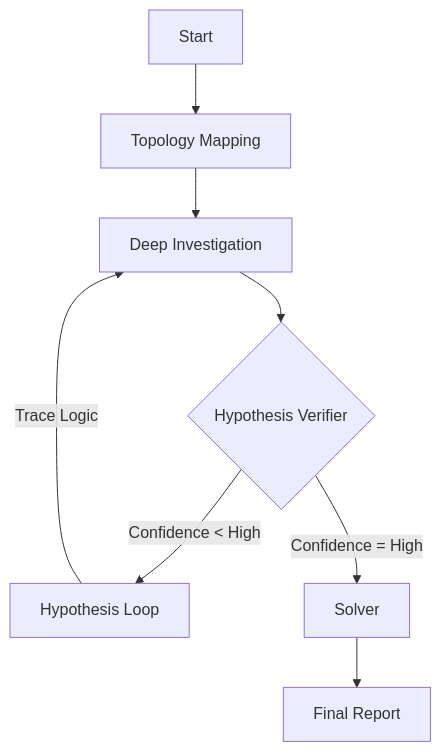
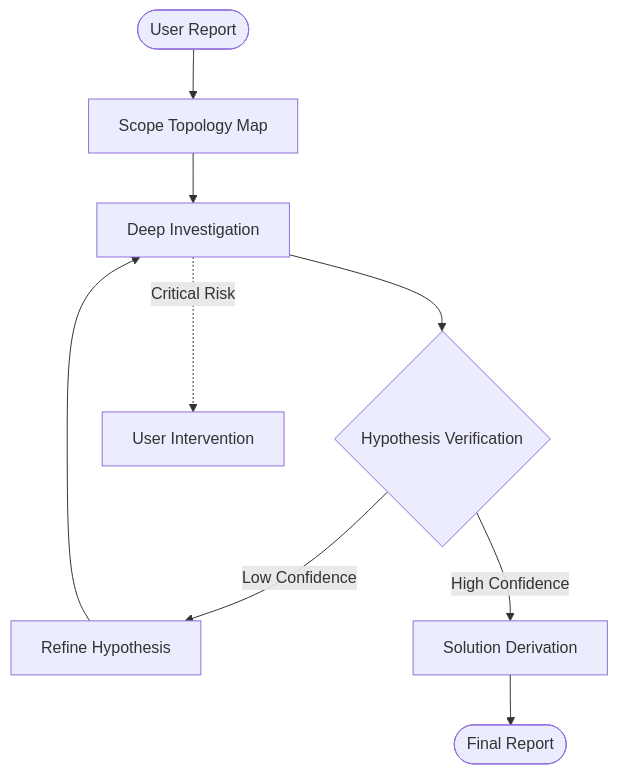
One commit to RimmonXIA/antigravity-workflows changed the diagram in .agent/workflows/diagnose.md. Above: the diagram before and after it, drawn with Mermaid. The commit also changed other lines of this file and 11 other files, not shown here.

Commit message:
refactor: streamline agent skill definitions with directives, workflow diagrams, and constitution adherence.

````diff
--- a/.agent/workflows/diagnose.md
+++ b/.agent/workflows/diagnose.md
@@ -84,12 +83,15 @@
 ```mermaid
-graph TD
-    Start --> Topology[Topology Mapping]
+flowchart TD
+    Start([User Report]) --> Topology[Scope Topology Map]
     Topology --> Investigate[Deep Investigation]
-    Investigate --> Verify{Hypothesis Verifier}
+    Investigate --> Verify{Hypothesis Verification}
     
-    Verify -->|Confidence < High| Loop[Hypothesis Loop]
-    Loop -->|Trace Logic| Investigate
+    Verify -- "Low Confidence" --> Loop[Refine Hypothesis]
+    Loop --> Investigate
     
-    Verify -->|Confidence = High| Solution[Solver]
-    Solution --> Report[Final Report]
+    Verify -- "High Confidence" --> Solution[Solution Derivation]
+    Solution --> Report([Final Report])
+    
+    %% Gates
+    Investigate -.->|Critical Risk| AskUser[User Intervention]
 ```
````
